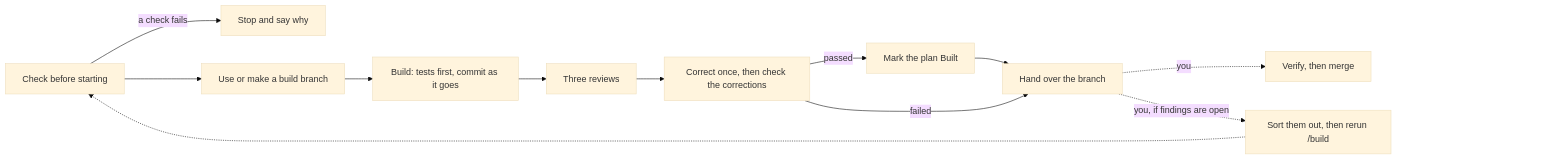
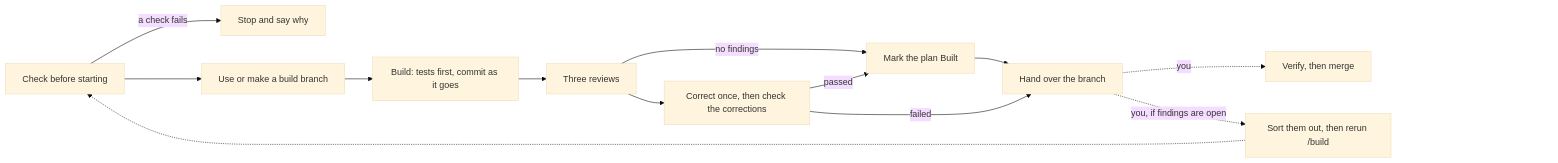
The diagram in docs/skills/build.md (michaelmarconi/agentic-engineering), drawn with Mermaid (base theme) before and after one commit. The commit also changed other lines of this file and 18 other files, not shown here.

````diff
--- a/docs/skills/build.md
+++ b/docs/skills/build.md
@@ -11,16 +11,17 @@
 ```mermaid
 flowchart LR
     Check[Check before starting] -->|a check fails| Stop[Stop and say why]
     Check --> Branch[Use or make a build branch]
     Branch --> Build[Build: tests first, commit as it goes]
     Build --> Review[Three reviews]
     Review --> Correct[Correct once, then check the corrections]
+    Review -->|no findings| Built
     Correct -->|passed| Built[Mark the plan Built]
     Built --> Hand[Hand over the branch]
     Correct -->|failed| Hand
     Hand -.->|you| Verify[Verify, then merge]
     Hand -.->|you, if findings are open| Sort[Sort them out, then rerun /build]
     Sort -.-> Check
     Verify ~~~ Pad["#nbsp;#nbsp;#nbsp;#nbsp;#nbsp;#nbsp;#nbsp;#nbsp;#nbsp;#nbsp;#nbsp;#nbsp;#nbsp;#nbsp;#nbsp;#nbsp;#nbsp;#nbsp;#nbsp;#nbsp;#nbsp;#nbsp;#nbsp;#nbsp;#nbsp;#nbsp;#nbsp;#nbsp;#nbsp;#nbsp;#nbsp;#nbsp;#nbsp;#nbsp;#nbsp;#nbsp;#nbsp;#nbsp;#nbsp;#nbsp;"]
     style Pad fill:none,stroke:none
 ```
````
